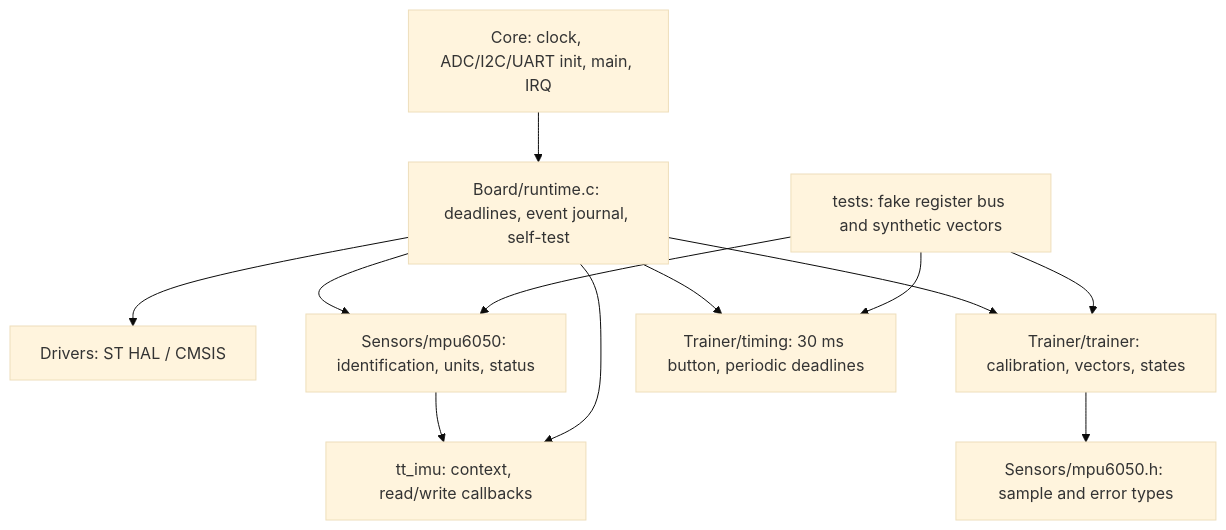
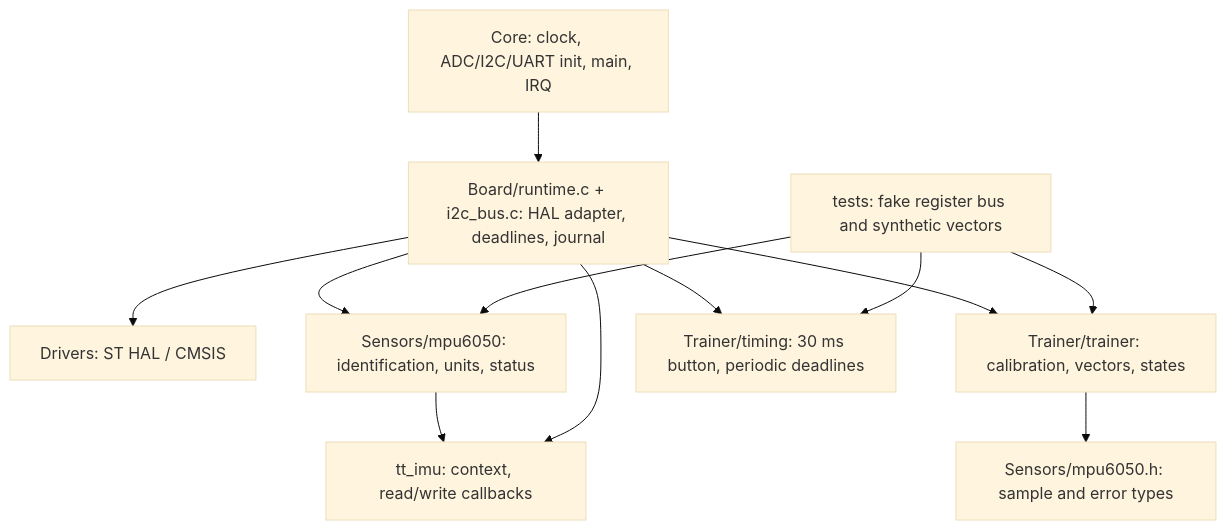
The diagram in docs/architecture.md (burdeniuk803/TiltTrainer), drawn with Mermaid (base theme) before and after one commit. The commit also changed other lines of this file and 77 other files, not shown here.

Commit message:
fix: bound HAL event transport and verify recorded TiltTrainer traffic

````diff
--- a/docs/architecture.md
+++ b/docs/architecture.md
@@ -3,14 +3,14 @@
 ```mermaid
 flowchart TD
-  Core["Core: clock, ADC/I2C/UART init, main, IRQ"] --> Board["Board/runtime.c: deadlines, event journal, self-test"]
+  Core["Core: clock, ADC/I2C/UART init, main, IRQ"] --> Board["Board/runtime.c + i2c_bus.c: HAL adapter, deadlines, journal"]
   Board --> HAL["Drivers: ST HAL / CMSIS"]
   Board --> IMU["Sensors/mpu6050: identification, units, status"]
   Board --> Trainer["Trainer/trainer: calibration, vectors, states"]
   Board --> Timing["Trainer/timing: 30 ms button, periodic deadlines"]
   Trainer --> Contract["Sensors/mpu6050.h: sample and error types"]
   IMU --> Bus["tt_imu: context, read/write callbacks"]
   Board --> Bus
   Host["tests: fake register bus and synthetic vectors"] --> IMU
   Host --> Trainer
   Host --> Timing
 ```
````
